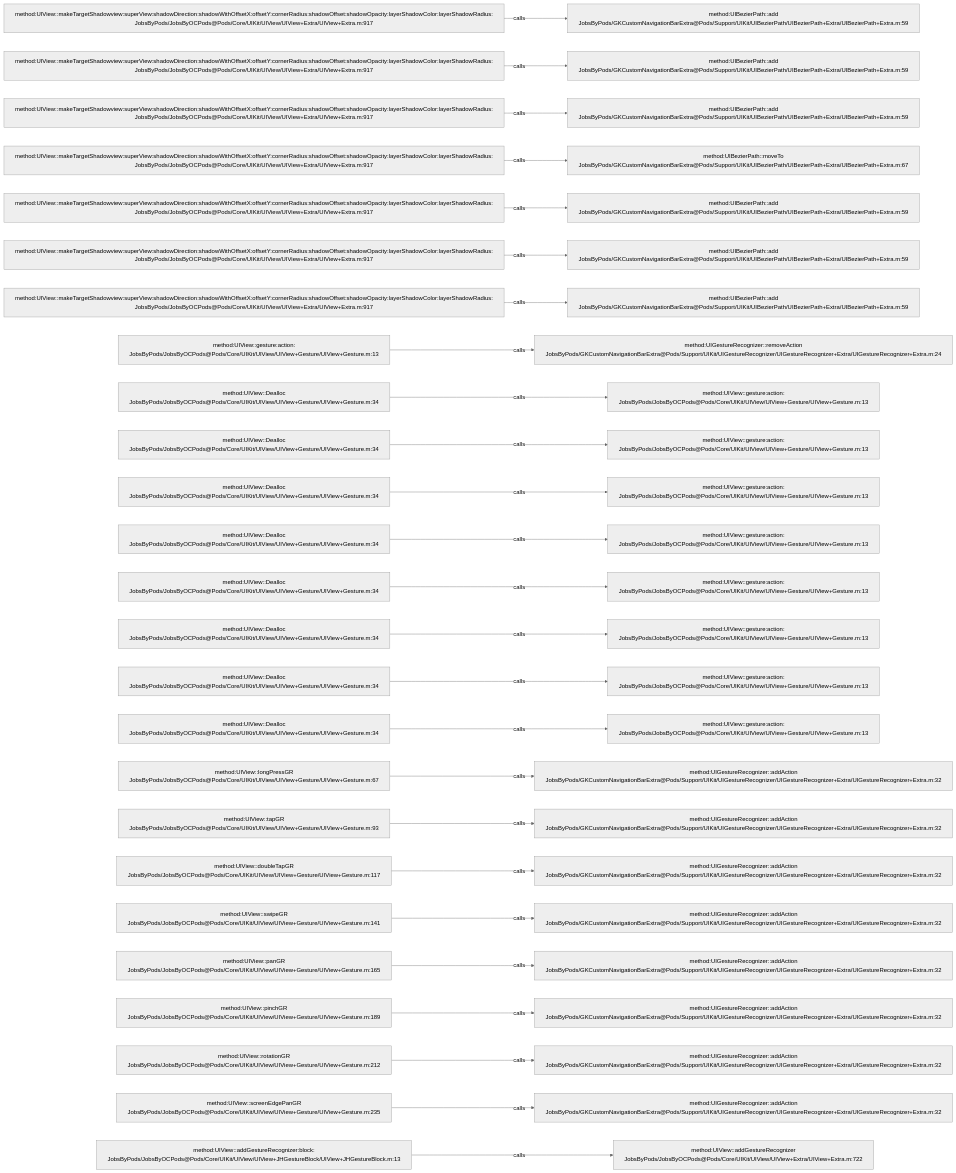
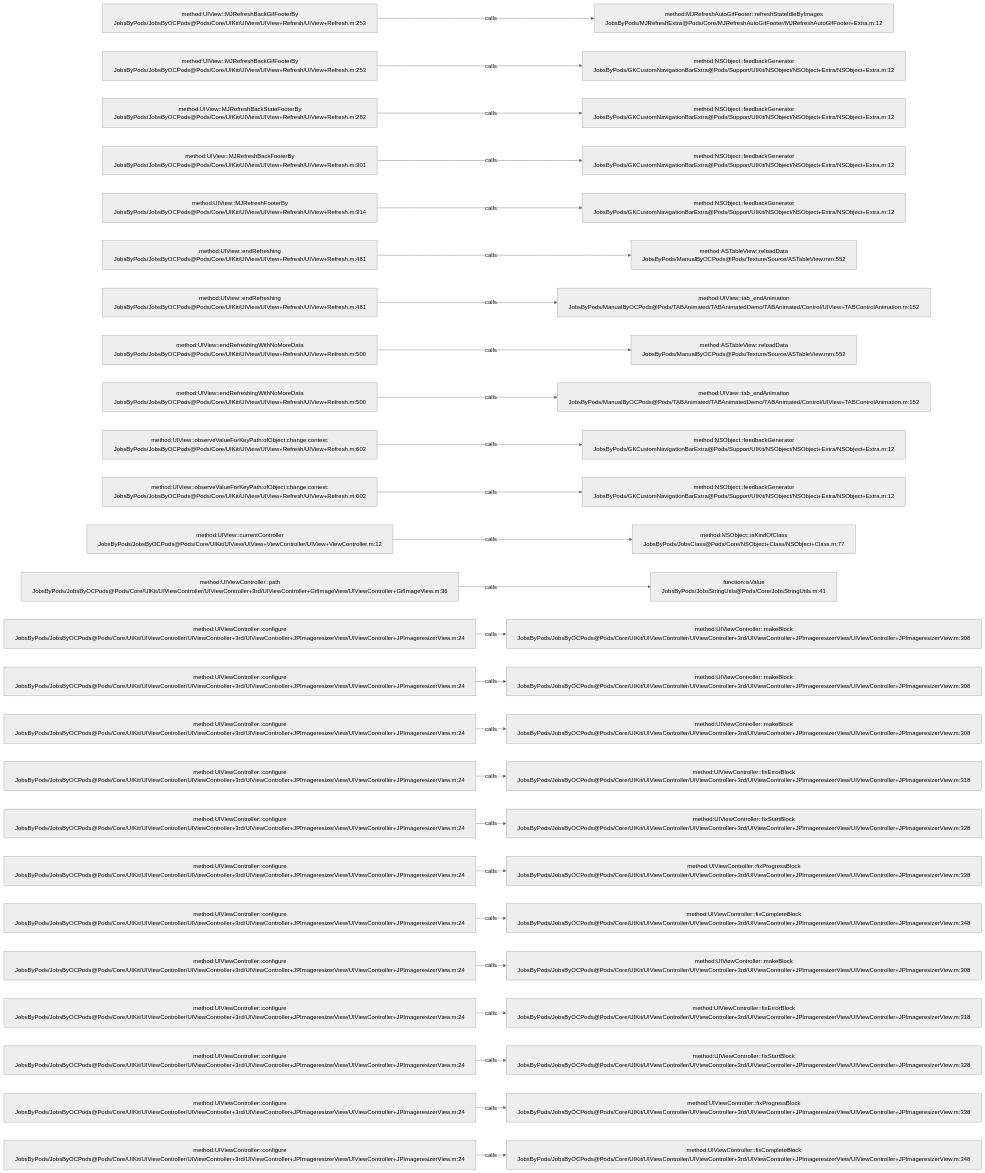
The diagram in .codegraph/codegraph.md/graphs/calls-067.md (JobsKits/JobsOCBaseConfigDemo), drawn with Mermaid (neutral theme) before and after one commit. The commit also changed 639 other files, not shown here.

````diff
--- a/.codegraph/codegraph.md/graphs/calls-067.md
+++ b/.codegraph/codegraph.md/graphs/calls-067.md
@@ -13,78 +13,78 @@
 ```mermaid
 flowchart LR
-  S1["method:UIView::makeTargetShadowview:superView:shadowDirection:shadowWithOffsetX:offsetY:cornerRadius:shadowOffset:shadowOpacity:layerShadowColor:layerShadowRadius:<br/>JobsByPods/JobsByOCPods@Pods/Core/UIKit/UIView/UIView+Extra/UIView+Extra.m:917"]
-  T1["method:UIBezierPath::add<br/>JobsByPods/GKCustomNavigationBarExtra@Pods/Support/UIKit/UIBezierPath/UIBezierPath+Extra/UIBezierPath+Extra.m:59"]
+  S1["method:UIView::MJRefreshBackGifFooterBy<br/>JobsByPods/JobsByOCPods@Pods/Core/UIKit/UIView/UIView+Refresh/UIView+Refresh.m:253"]
+  T1["method:MJRefreshAutoGifFooter::refreshStateIdleByImages<br/>JobsByPods/MJRefreshExtra@Pods/Core/MJRefreshAutoGifFooter/MJRefreshAutoGifFooter+Extra.m:12"]
   S1 -->|calls| T1
-  S2["method:UIView::makeTargetShadowview:superView:shadowDirection:shadowWithOffsetX:offsetY:cornerRadius:shadowOffset:shadowOpacity:layerShadowColor:layerShadowRadius:<br/>JobsByPods/JobsByOCPods@Pods/Core/UIKit/UIView/UIView+Extra/UIView+Extra.m:917"]
-  T2["method:UIBezierPath::add<br/>JobsByPods/GKCustomNavigationBarExtra@Pods/Support/UIKit/UIBezierPath/UIBezierPath+Extra/UIBezierPath+Extra.m:59"]
+  S2["method:UIView::MJRefreshBackGifFooterBy<br/>JobsByPods/JobsByOCPods@Pods/Core/UIKit/UIView/UIView+Refresh/UIView+Refresh.m:253"]
+  T2["method:NSObject::feedbackGenerator<br/>JobsByPods/GKCustomNavigationBarExtra@Pods/Support/UIKit/NSObject/NSObject+Extra/NSObject+Extra.m:12"]
   S2 -->|calls| T2
-  S3["method:UIView::makeTargetShadowview:superView:shadowDirection:shadowWithOffsetX:offsetY:cornerRadius:shadowOffset:shadowOpacity:layerShadowColor:layerShadowRadius:<br/>JobsByPods/JobsByOCPods@Pods/Core/UIKit/UIView/UIView+Extra/UIView+Extra.m:917"]
-  T3["method:UIBezierPath::add<br/>JobsByPods/GKCustomNavigationBarExtra@Pods/Support/UIKit/UIBezierPath/UIBezierPath+Extra/UIBezierPath+Extra.m:59"]
+  S3["method:UIView::MJRefreshBackStateFooterBy<br/>JobsByPods/JobsByOCPods@Pods/Core/UIKit/UIView/UIView+Refresh/UIView+Refresh.m:282"]
+  T3["method:NSObject::feedbackGenerator<br/>JobsByPods/GKCustomNavigationBarExtra@Pods/Support/UIKit/NSObject/NSObject+Extra/NSObject+Extra.m:12"]
   S3 -->|calls| T3
-  S4["method:UIView::makeTargetShadowview:superView:shadowDirection:shadowWithOffsetX:offsetY:cornerRadius:shadowOffset:shadowOpacity:layerShadowColor:layerShadowRadius:<br/>JobsByPods/JobsByOCPods@Pods/Core/UIKit/UIView/UIView+Extra/UIView+Extra.m:917"]
-  T4["method:UIBezierPath::moveTo<br/>JobsByPods/GKCustomNavigationBarExtra@Pods/Support/UIKit/UIBezierPath/UIBezierPath+Extra/UIBezierPath+Extra.m:67"]
+  S4["method:UIView::MJRefreshBackFooterBy<br/>JobsByPods/JobsByOCPods@Pods/Core/UIKit/UIView/UIView+Refresh/UIView+Refresh.m:301"]
+  T4["method:NSObject::feedbackGenerator<br/>JobsByPods/GKCustomNavigationBarExtra@Pods/Support/UIKit/NSObject/NSObject+Extra/NSObject+Extra.m:12"]
   S4 -->|calls| T4
-  S5["method:UIView::makeTargetShadowview:superView:shadowDirection:shadowWithOffsetX:offsetY:cornerRadius:shadowOffset:shadowOpacity:layerShadowColor:layerShadowRadius:<br/>JobsByPods/JobsByOCPods@Pods/Core/UIKit/UIView/UIView+Extra/UIView+Extra.m:917"]
-  T5["method:UIBezierPath::add<br/>JobsByPods/GKCustomNavigationBarExtra@Pods/Support/UIKit/UIBezierPath/UIBezierPath+Extra/UIBezierPath+Extra.m:59"]
+  S5["method:UIView::MJRefreshFooterBy<br/>JobsByPods/JobsByOCPods@Pods/Core/UIKit/UIView/UIView+Refresh/UIView+Refresh.m:314"]
+  T5["method:NSObject::feedbackGenerator<br/>JobsByPods/GKCustomNavigationBarExtra@Pods/Support/UIKit/NSObject/NSObject+Extra/NSObject+Extra.m:12"]
   S5 -->|calls| T5
-  S6["method:UIView::makeTargetShadowview:superView:shadowDirection:shadowWithOffsetX:offsetY:cornerRadius:shadowOffset:shadowOpacity:layerShadowColor:layerShadowRadius:<br/>JobsByPods/JobsByOCPods@Pods/Core/UIKit/UIView/UIView+Extra/UIView+Extra.m:917"]
-  T6["method:UIBezierPath::add<br/>JobsByPods/GKCustomNavigationBarExtra@Pods/Support/UIKit/UIBezierPath/UIBezierPath+Extra/UIBezierPath+Extra.m:59"]
+  S6["method:UIView::endRefreshing<br/>JobsByPods/JobsByOCPods@Pods/Core/UIKit/UIView/UIView+Refresh/UIView+Refresh.m:481"]
+  T6["method:ASTableView::reloadData<br/>JobsByPods/ManualByOCPods@Pods/Texture/Source/ASTableView.mm:552"]
   S6 -->|calls| T6
-  S7["method:UIView::makeTargetShadowview:superView:shadowDirection:shadowWithOffsetX:offsetY:cornerRadius:shadowOffset:shadowOpacity:layerShadowColor:layerShadowRadius:<br/>JobsByPods/JobsByOCPods@Pods/Core/UIKit/UIView/UIView+Extra/UIView+Extra.m:917"]
-  T7["method:UIBezierPath::add<br/>JobsByPods/GKCustomNavigationBarExtra@Pods/Support/UIKit/UIBezierPath/UIBezierPath+Extra/UIBezierPath+Extra.m:59"]
+  S7["method:UIView::endRefreshing<br/>JobsByPods/JobsByOCPods@Pods/Core/UIKit/UIView/UIView+Refresh/UIView+Refresh.m:481"]
+  T7["method:UIView::tab_endAnimation<br/>JobsByPods/ManualByOCPods@Pods/TABAnimated/TABAnimatedDemo/TABAnimated/Control/UIView+TABControlAnimation.m:152"]
   S7 -->|calls| T7
-  S8["method:UIView::gesture:action:<br/>JobsByPods/JobsByOCPods@Pods/Core/UIKit/UIView/UIView+Gesture/UIView+Gesture.m:13"]
-  T8["method:UIGestureRecognizer::removeAction<br/>JobsByPods/GKCustomNavigationBarExtra@Pods/Support/UIKit/UIGestureRecognizer/UIGestureRecognizer+Extra/UIGestureRecognizer+Extra.m:24"]
+  S8["method:UIView::endRefreshingWithNoMoreData<br/>JobsByPods/JobsByOCPods@Pods/Core/UIKit/UIView/UIView+Refresh/UIView+Refresh.m:500"]
+  T8["method:ASTableView::reloadData<br/>JobsByPods/ManualByOCPods@Pods/Texture/Source/ASTableView.mm:552"]
   S8 -->|calls| T8
-  S9["method:UIView::Dealloc<br/>JobsByPods/JobsByOCPods@Pods/Core/UIKit/UIView/UIView+Gesture/UIView+Gesture.m:34"]
-  T9["method:UIView::gesture:action:<br/>JobsByPods/JobsByOCPods@Pods/Core/UIKit/UIView/UIView+Gesture/UIView+Gesture.m:13"]
+  S9["method:UIView::endRefreshingWithNoMoreData<br/>JobsByPods/JobsByOCPods@Pods/Core/UIKit/UIView/UIView+Refresh/UIView+Refresh.m:500"]
+  T9["method:UIView::tab_endAnimation<br/>JobsByPods/ManualByOCPods@Pods/TABAnimated/TABAnimatedDemo/TABAnimated/Control/UIView+TABControlAnimation.m:152"]
   S9 -->|calls| T9
-  S10["method:UIView::Dealloc<br/>JobsByPods/JobsByOCPods@Pods/Core/UIKit/UIView/UIView+Gesture/UIView+Gesture.m:34"]
-  T10["method:UIView::gesture:action:<br/>JobsByPods/JobsByOCPods@Pods/Core/UIKit/UIView/UIView+Gesture/UIView+Gesture.m:13"]
+  S10["method:UIView::observeValueForKeyPath:ofObject:change:context:<br/>JobsByPods/JobsByOCPods@Pods/Core/UIKit/UIView/UIView+Refresh/UIView+Refresh.m:602"]
+  T10["method:NSObject::feedbackGenerator<br/>JobsByPods/GKCustomNavigationBarExtra@Pods/Support/UIKit/NSObject/NSObject+Extra/NSObject+Extra.m:12"]
   S10 -->|calls| T10
-  S11["method:UIView::Dealloc<br/>JobsByPods/JobsByOCPods@Pods/Core/UIKit/UIView/UIView+Gesture/UIView+Gesture.m:34"]
-  T11["method:UIView::gesture:action:<br/>JobsByPods/JobsByOCPods@Pods/Core/UIKit/UIView/UIView+Gesture/UIView+Gesture.m:13"]
+  S11["method:UIView::observeValueForKeyPath:ofObject:change:context:<br/>JobsByPods/JobsByOCPods@Pods/Core/UIKit/UIView/UIView+Refresh/UIView+Refresh.m:602"]
+  T11["method:NSObject::feedbackGenerator<br/>JobsByPods/GKCustomNavigationBarExtra@Pods/Support/UIKit/NSObject/NSObject+Extra/NSObject+Extra.m:12"]
   S11 -->|calls| T11
-  S12["method:UIView::Dealloc<br/>JobsByPods/JobsByOCPods@Pods/Core/UIKit/UIView/UIView+Gesture/UIView+Gesture.m:34"]
-  T12["method:UIView::gesture:action:<br/>JobsByPods/JobsByOCPods@Pods/Core/UIKit/UIView/UIView+Gesture/UIView+Gesture.m:13"]
+  S12["method:UIView::currentController<br/>JobsByPods/JobsByOCPods@Pods/Core/UIKit/UIView/UIView+ViewController/UIView+ViewController.m:12"]
+  T12["method:NSObject::isKindOfClass<br/>JobsByPods/JobsClass@Pods/Core/NSObject+Class/NSObject+Class.m:77"]
   S12 -->|calls| T12
-  S13["method:UIView::Dealloc<br/>JobsByPods/JobsByOCPods@Pods/Core/UIKit/UIView/UIView+Gesture/UIView+Gesture.m:34"]
-  T13["method:UIView::gesture:action:<br/>JobsByPods/JobsByOCPods@Pods/Core/UIKit/UIView/UIView+Gesture/UIView+Gesture.m:13"]
+  S13["method:UIViewController::path<br/>JobsByPods/JobsByOCPods@Pods/Core/UIKit/UIViewController/UIViewController+3rd/UIViewController+GifImageView/UIViewController+GifImageView.m:36"]
+  T13["function:isValue<br/>JobsByPods/JobsStringUtils@Pods/Core/JobsStringUtils.m:41"]
   S13 -->|calls| T13
-  S14["method:UIView::Dealloc<br/>JobsByPods/JobsByOCPods@Pods/Core/UIKit/UIView/UIView+Gesture/UIView+Gesture.m:34"]
-  T14["method:UIView::gesture:action:<br/>JobsByPods/JobsByOCPods@Pods/Core/UIKit/UIView/UIView+Gesture/UIView+Gesture.m:13"]
+  S14["method:UIViewController::configure<br/>JobsByPods/JobsByOCPods@Pods/Core/UIKit/UIViewController/UIViewController+3rd/UIViewController+JPImageresizerView/UIViewController+JPImageresizerView.m:24"]
+  T14["method:UIViewController::makeBlock<br/>JobsByPods/JobsByOCPods@Pods/Core/UIKit/UIViewController/UIViewController+3rd/UIViewController+JPImageresizerView/UIViewController+JPImageresizerView.m:308"]
   S14 -->|calls| T14
-  S15["method:UIView::Dealloc<br/>JobsByPods/JobsByOCPods@Pods/Core/UIKit/UIView/UIView+Gesture/UIView+Gesture.m:34"]
-  T15["method:UIView::gesture:action:<br/>JobsByPods/JobsByOCPods@Pods/Core/UIKit/UIView/UIView+Gesture/UIView+Gesture.m:13"]
+  S15["method:UIViewController::configure<br/>JobsByPods/JobsByOCPods@Pods/Core/UIKit/UIViewController/UIViewController+3rd/UIViewController+JPImageresizerView/UIViewController+JPImageresizerView.m:24"]
+  T15["method:UIViewController::makeBlock<br/>JobsByPods/JobsByOCPods@Pods/Core/UIKit/UIViewController/UIViewController+3rd/UIViewController+JPImageresizerView/UIViewController+JPImageresizerView.m:308"]
   S15 -->|calls| T15
-  S16["method:UIView::Dealloc<br/>JobsByPods/JobsByOCPods@Pods/Core/UIKit/UIView/UIView+Gesture/UIView+Gesture.m:34"]
-  T16["method:UIView::gesture:action:<br/>JobsByPods/JobsByOCPods@Pods/Core/UIKit/UIView/UIView+Gesture/UIView+Gesture.m:13"]
+  S16["method:UIViewController::configure<br/>JobsByPods/JobsByOCPods@Pods/Core/UIKit/UIViewController/UIViewController+3rd/UIViewController+JPImageresizerView/UIViewController+JPImageresizerView.m:24"]
+  T16["method:UIViewController::makeBlock<br/>JobsByPods/JobsByOCPods@Pods/Core/UIKit/UIViewController/UIViewController+3rd/UIViewController+JPImageresizerView/UIViewController+JPImageresizerView.m:308"]
   S16 -->|calls| T16
-  S17["method:UIView::longPressGR<br/>JobsByPods/JobsByOCPods@Pods/Core/UIKit/UIView/UIView+Gesture/UIView+Gesture.m:67"]
-  T17["method:UIGestureRecognizer::addAction<br/>JobsByPods/GKCustomNavigationBarExtra@Pods/Support/UIKit/UIGestureRecognizer/UIGestureRecognizer+Extra/UIGestureRecognizer+Extra.m:32"]
+  S17["method:UIViewController::configure<br/>JobsByPods/JobsByOCPods@Pods/Core/UIKit/UIViewController/UIViewController+3rd/UIViewController+JPImageresizerView/UIViewController+JPImageresizerView.m:24"]
+  T17["method:UIViewController::fixErrorBlock<br/>JobsByPods/JobsByOCPods@Pods/Core/UIKit/UIViewController/UIViewController+3rd/UIViewController+JPImageresizerView/UIViewController+JPImageresizerView.m:318"]
   S17 -->|calls| T17
-  S18["method:UIView::tapGR<br/>JobsByPods/JobsByOCPods@Pods/Core/UIKit/UIView/UIView+Gesture/UIView+Gesture.m:93"]
-  T18["method:UIGestureRecognizer::addAction<br/>JobsByPods/GKCustomNavigationBarExtra@Pods/Support/UIKit/UIGestureRecognizer/UIGestureRecognizer+Extra/UIGestureRecognizer+Extra.m:32"]
+  S18["method:UIViewController::configure<br/>JobsByPods/JobsByOCPods@Pods/Core/UIKit/UIViewController/UIViewController+3rd/UIViewController+JPImageresizerView/UIViewController+JPImageresizerView.m:24"]
+  T18["method:UIViewController::fixStartBlock<br/>JobsByPods/JobsByOCPods@Pods/Core/UIKit/UIViewController/UIViewController+3rd/UIViewController+JPImageresizerView/UIViewController+JPImageresizerView.m:328"]
   S18 -->|calls| T18
-  S19["method:UIView::doubleTapGR<br/>JobsByPods/JobsByOCPods@Pods/Core/UIKit/UIView/UIView+Gesture/UIView+Gesture.m:117"]
-  T19["method:UIGestureRecognizer::addAction<br/>JobsByPods/GKCustomNavigationBarExtra@Pods/Support/UIKit/UIGestureRecognizer/UIGestureRecognizer+Extra/UIGestureRecognizer+Extra.m:32"]
+  S19["method:UIViewController::configure<br/>JobsByPods/JobsByOCPods@Pods/Core/UIKit/UIViewController/UIViewController+3rd/UIViewController+JPImageresizerView/UIViewController+JPImageresizerView.m:24"]
+  T19["method:UIViewController::fixProgressBlock<br/>JobsByPods/JobsByOCPods@Pods/Core/UIKit/UIViewController/UIViewController+3rd/UIViewController+JPImageresizerView/UIViewController+JPImageresizerView.m:338"]
   S19 -->|calls| T19
-  S20["method:UIView::swipeGR<br/>JobsByPods/JobsByOCPods@Pods/Core/UIKit/UIView/UIView+Gesture/UIView+Gesture.m:141"]
-  T20["method:UIGestureRecognizer::addAction<br/>JobsByPods/GKCustomNavigationBarExtra@Pods/Support/UIKit/UIGestureRecognizer/UIGestureRecognizer+Extra/UIGestureRecognizer+Extra.m:32"]
+  S20["method:UIViewController::configure<br/>JobsByPods/JobsByOCPods@Pods/Core/UIKit/UIViewController/UIViewController+3rd/UIViewController+JPImageresizerView/UIViewController+JPImageresizerView.m:24"]
+  T20["method:UIViewController::fixCompleteBlock<br/>JobsByPods/JobsByOCPods@Pods/Core/UIKit/UIViewController/UIViewController+3rd/UIViewController+JPImageresizerView/UIViewController+JPImageresizerView.m:348"]
   S20 -->|calls| T20
-  S21["method:UIView::panGR<br/>JobsByPods/JobsByOCPods@Pods/Core/UIKit/UIView/UIView+Gesture/UIView+Gesture.m:165"]
-  T21["method:UIGestureRecognizer::addAction<br/>JobsByPods/GKCustomNavigationBarExtra@Pods/Support/UIKit/UIGestureRecognizer/UIGestureRecognizer+Extra/UIGestureRecognizer+Extra.m:32"]
+  S21["method:UIViewController::configure<br/>JobsByPods/JobsByOCPods@Pods/Core/UIKit/UIViewController/UIViewController+3rd/UIViewController+JPImageresizerView/UIViewController+JPImageresizerView.m:24"]
+  T21["method:UIViewController::makeBlock<br/>JobsByPods/JobsByOCPods@Pods/Core/UIKit/UIViewController/UIViewController+3rd/UIViewController+JPImageresizerView/UIViewController+JPImageresizerView.m:308"]
   S21 -->|calls| T21
-  S22["method:UIView::pinchGR<br/>JobsByPods/JobsByOCPods@Pods/Core/UIKit/UIView/UIView+Gesture/UIView+Gesture.m:189"]
-  T22["method:UIGestureRecognizer::addAction<br/>JobsByPods/GKCustomNavigationBarExtra@Pods/Support/UIKit/UIGestureRecognizer/UIGestureRecognizer+Extra/UIGestureRecognizer+Extra.m:32"]
+  S22["method:UIViewController::configure<br/>JobsByPods/JobsByOCPods@Pods/Core/UIKit/UIViewController/UIViewController+3rd/UIViewController+JPImageresizerView/UIViewController+JPImageresizerView.m:24"]
+  T22["method:UIViewController::fixErrorBlock<br/>JobsByPods/JobsByOCPods@Pods/Core/UIKit/UIViewController/UIViewController+3rd/UIViewController+JPImageresizerView/UIViewController+JPImageresizerView.m:318"]
   S22 -->|calls| T22
-  S23["method:UIView::rotationGR<br/>JobsByPods/JobsByOCPods@Pods/Core/UIKit/UIView/UIView+Gesture/UIView+Gesture.m:212"]
-  T23["method:UIGestureRecognizer::addAction<br/>JobsByPods/GKCustomNavigationBarExtra@Pods/Support/UIKit/UIGestureRecognizer/UIGestureRecognizer+Extra/UIGestureRecognizer+Extra.m:32"]
+  S23["method:UIViewController::configure<br/>JobsByPods/JobsByOCPods@Pods/Core/UIKit/UIViewController/UIViewController+3rd/UIViewController+JPImageresizerView/UIViewController+JPImageresizerView.m:24"]
+  T23["method:UIViewController::fixStartBlock<br/>JobsByPods/JobsByOCPods@Pods/Core/UIKit/UIViewController/UIViewController+3rd/UIViewController+JPImageresizerView/UIViewController+JPImageresizerView.m:328"]
   S23 -->|calls| T23
-  S24["method:UIView::screenEdgePanGR<br/>JobsByPods/JobsByOCPods@Pods/Core/UIKit/UIView/UIView+Gesture/UIView+Gesture.m:235"]
-  T24["method:UIGestureRecognizer::addAction<br/>JobsByPods/GKCustomNavigationBarExtra@Pods/Support/UIKit/UIGestureRecognizer/UIGestureRecognizer+Extra/UIGestureRecognizer+Extra.m:32"]
+  S24["method:UIViewController::configure<br/>JobsByPods/JobsByOCPods@Pods/Core/UIKit/UIViewController/UIViewController+3rd/UIViewController+JPImageresizerView/UIViewController+JPImageresizerView.m:24"]
+  T24["method:UIViewController::fixProgressBlock<br/>JobsByPods/JobsByOCPods@Pods/Core/UIKit/UIViewController/UIViewController+3rd/UIViewController+JPImageresizerView/UIViewController+JPImageresizerView.m:338"]
   S24 -->|calls| T24
-  S25["method:UIView::addGestureRecognizer:block:<br/>JobsByPods/JobsByOCPods@Pods/Core/UIKit/UIView/UIView+JHGestureBlock/UIView+JHGestureBlock.m:13"]
-  T25["method:UIView::addGestureRecognizer<br/>JobsByPods/JobsByOCPods@Pods/Core/UIKit/UIView/UIView+Extra/UIView+Extra.m:722"]
+  S25["method:UIViewController::configure<br/>JobsByPods/JobsByOCPods@Pods/Core/UIKit/UIViewController/UIViewController+3rd/UIViewController+JPImageresizerView/UIViewController+JPImageresizerView.m:24"]
+  T25["method:UIViewController::fixCompleteBlock<br/>JobsByPods/JobsByOCPods@Pods/Core/UIKit/UIViewController/UIViewController+3rd/UIViewController+JPImageresizerView/UIViewController+JPImageresizerView.m:348"]
   S25 -->|calls| T25
 ```
````
